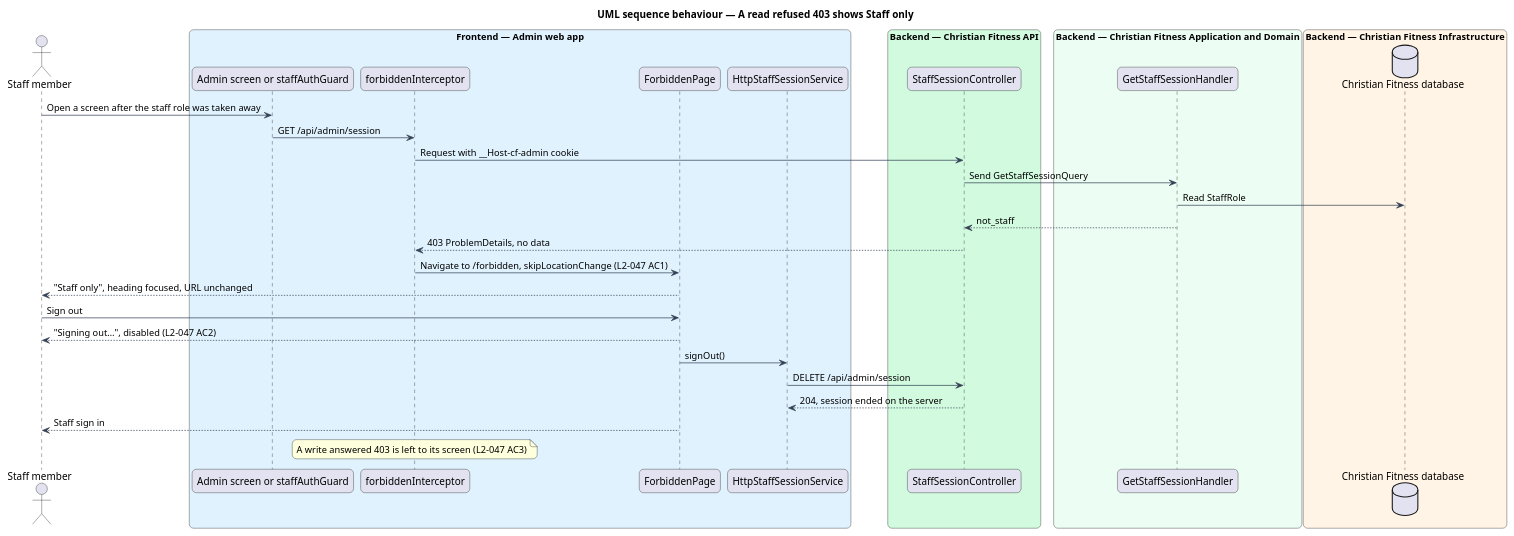
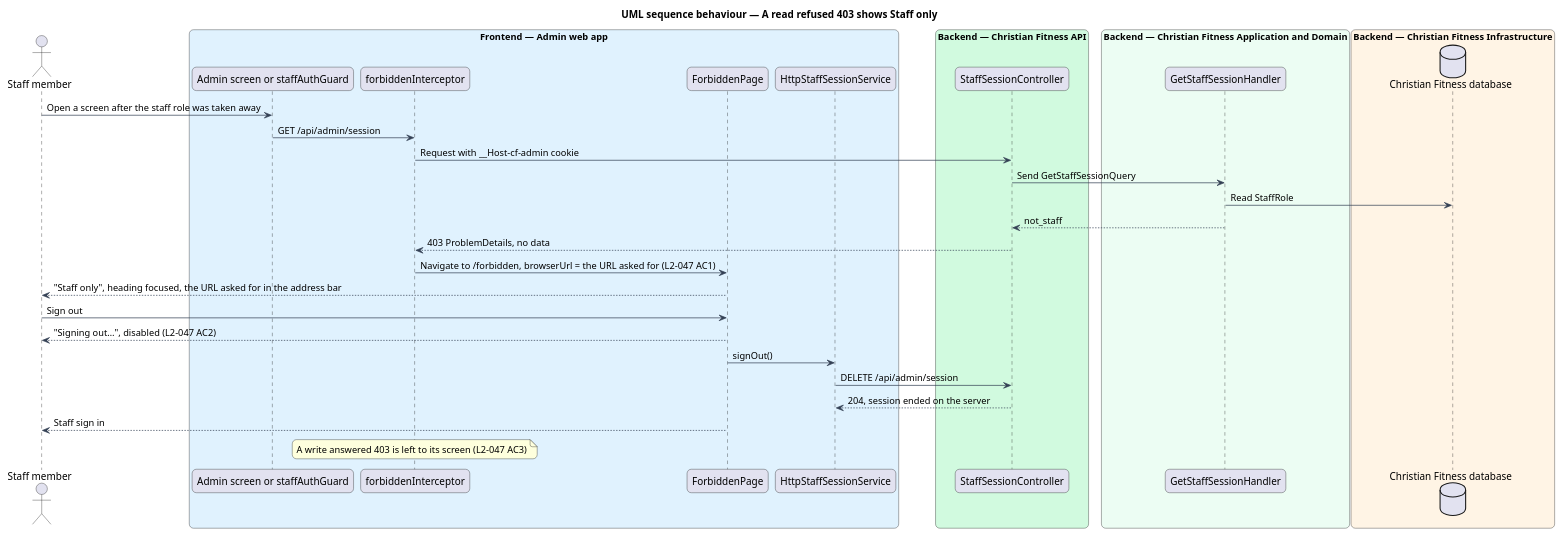
One commit to QuinntyneBrown/christian-fitness changed the diagram in docs/detailed-designs/admin-access/admin-sign-in/diagrams/sequence-forbidden.puml. Above: the diagram before and after it, drawn with PlantUML. The commit also changed 17 other files, not shown here.

First line of the commit message:
Show the Staff only screen when the API refuses a read with 403

```diff
--- a/docs/detailed-designs/admin-access/admin-sign-in/diagrams/sequence-forbidden.puml
+++ b/docs/detailed-designs/admin-access/admin-sign-in/diagrams/sequence-forbidden.puml
@@ -1,49 +1,49 @@
 @startuml
 title UML sequence behaviour — A read refused 403 shows Staff only
 skinparam backgroundColor #FFFFFF
 skinparam shadowing false
 skinparam roundcorner 12
 skinparam defaultFontName Arial
 skinparam ArrowColor #344054
 skinparam rectangle {
   BorderColor #344054
   FontColor #101828
 }
 skinparam package {
   BorderColor #667085
   FontColor #101828
   BackgroundColor #F9FAFB
 }
 actor "Staff member" as actor
 box "Frontend — Admin web app" #E0F2FE
   participant "Admin screen or staffAuthGuard" as screen
   participant "forbiddenInterceptor" as icpt
   participant "ForbiddenPage" as forbidden
   participant "HttpStaffSessionService" as client
 end box
 box "Backend — Christian Fitness API" #D1FADF
   participant "StaffSessionController" as ctrl
 end box
 box "Backend — Christian Fitness Application and Domain" #ECFDF3
   participant "GetStaffSessionHandler" as handler
 end box
 box "Backend — Christian Fitness Infrastructure" #FFF4E5
   database "Christian Fitness database" as db
 end box
 actor -> screen : Open a screen after the staff role was taken away
 screen -> icpt : GET /api/admin/session
 icpt -> ctrl : Request with __Host-cf-admin cookie
 ctrl -> handler : Send GetStaffSessionQuery
 handler -> db : Read StaffRole
 handler --> ctrl : not_staff
 ctrl --> icpt : 403 ProblemDetails, no data
-icpt -> forbidden : Navigate to /forbidden, skipLocationChange (L2-047 AC1)
-forbidden --> actor : "Staff only", heading focused, URL unchanged
+icpt -> forbidden : Navigate to /forbidden, browserUrl = the URL asked for (L2-047 AC1)
+forbidden --> actor : "Staff only", heading focused, the URL asked for in the address bar
 actor -> forbidden : Sign out
 forbidden --> actor : "Signing out…", disabled (L2-047 AC2)
 forbidden -> client : signOut()
 client -> ctrl : DELETE /api/admin/session
 ctrl --> client : 204, session ended on the server
 forbidden --> actor : Staff sign in
 note over icpt : A write answered 403 is left to its screen (L2-047 AC3)
 @enduml
```
